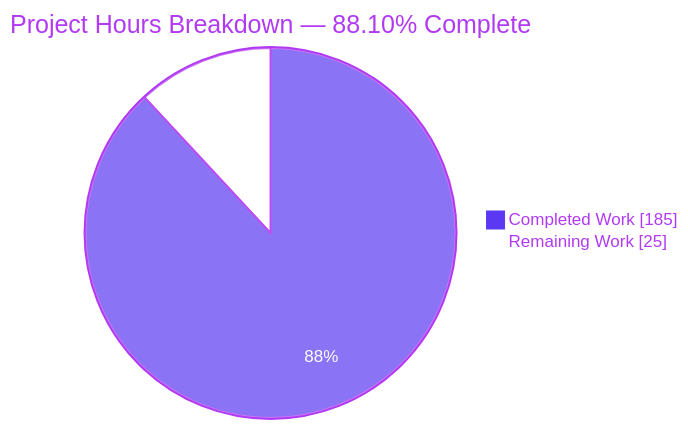
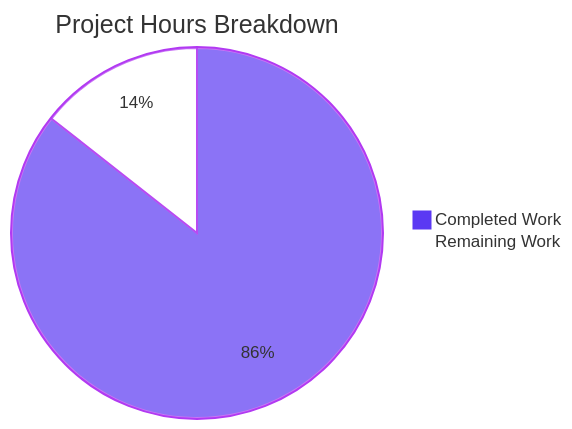
Before and after one commit to blitzy-public-samples/blitzy-kafka: the second of 4 diagrams in blitzy/documentation/Project Guide.md, drawn with Mermaid. The commit also changed other lines of this file, not shown here.

Commit message:
Adding Blitzy Project Guide: Project Status and Human Tasks Remaining

````diff
--- a/blitzy/documentation/Project Guide.md
+++ b/blitzy/documentation/Project Guide.md
@@ -309,6 +265,6 @@
 ```mermaid
-%%{init: {'theme':'base', 'themeVariables': {'pie1':'#5B39F3','pie2':'#FFFFFF','pieStrokeColor':'#B23AF2','pieOuterStrokeColor':'#B23AF2','pieTitleTextColor':'#B23AF2','pieSectionTextColor':'#FFFFFF','pieLegendTextColor':'#B23AF2','pieStrokeWidth':'2px','pieOuterStrokeWidth':'2px'}}}%%
-pie showData title Project Hours Breakdown — 88.10% Complete
-    "Completed Work" : 185
-    "Remaining Work" : 25
+%%{init: {'theme':'base','themeVariables':{'pie1':'#5B39F3','pie2':'#FFFFFF','pieStrokeColor':'#B23AF2','pieOuterStrokeColor':'#B23AF2','pieOuterStrokeWidth':'2px'}}}%%
+pie title Project Hours Breakdown
+    "Completed Work" : 214
+    "Remaining Work" : 36
 ```
````
